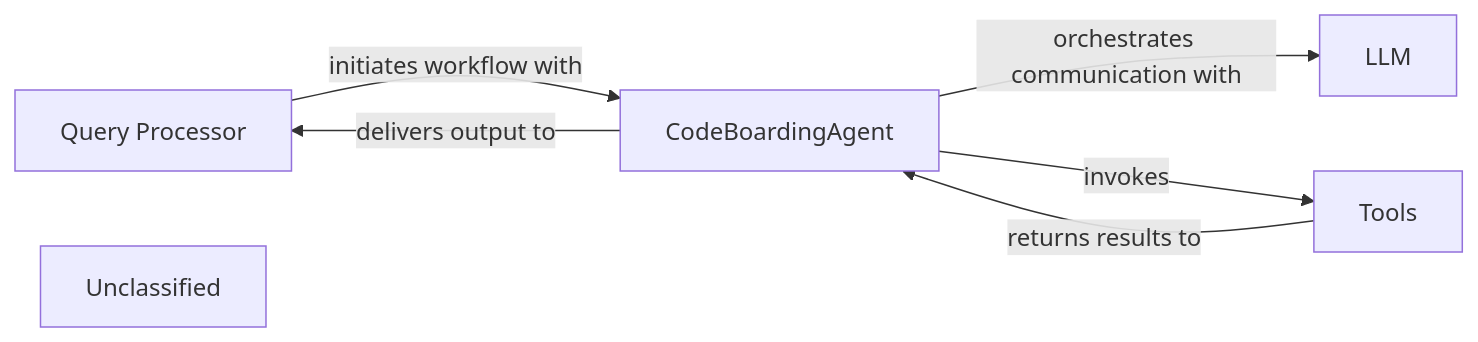
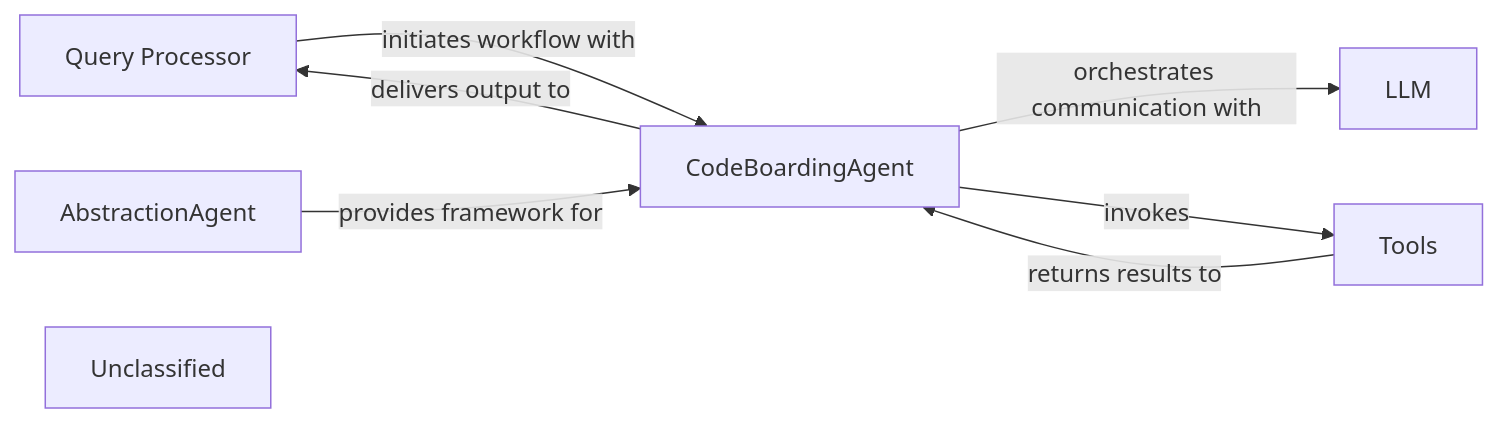
Before and after one commit to CodeBoarding/CodeBoarding: the diagram in .codeboarding/Orchestration_Engine_Agent_Core_.md, drawn with Mermaid. The commit also changed other lines of this file and 14 other files, not shown here.

First line of the commit message:
docs: update codeboarding documentation and generate architecture

````diff
--- a/.codeboarding/Orchestration_Engine_Agent_Core_.md
+++ b/.codeboarding/Orchestration_Engine_Agent_Core_.md
@@ -1,12 +1,15 @@
 ```mermaid
 graph LR
     Query_Processor["Query Processor"]
+    AbstractionAgent["AbstractionAgent"]
     CodeBoardingAgent["CodeBoardingAgent"]
     Tools["Tools"]
+    Unclassified["Unclassified"]
     Unclassified["Unclassified"]
     Query_Processor -- "initiates workflow with" --> CodeBoardingAgent
     CodeBoardingAgent -- "orchestrates communication with" --> LLM
     CodeBoardingAgent -- "invokes" --> Tools
     Tools -- "returns results to" --> CodeBoardingAgent
     CodeBoardingAgent -- "delivers output to" --> Query_Processor
+    AbstractionAgent -- "provides framework for" --> CodeBoardingAgent
 ```
````
